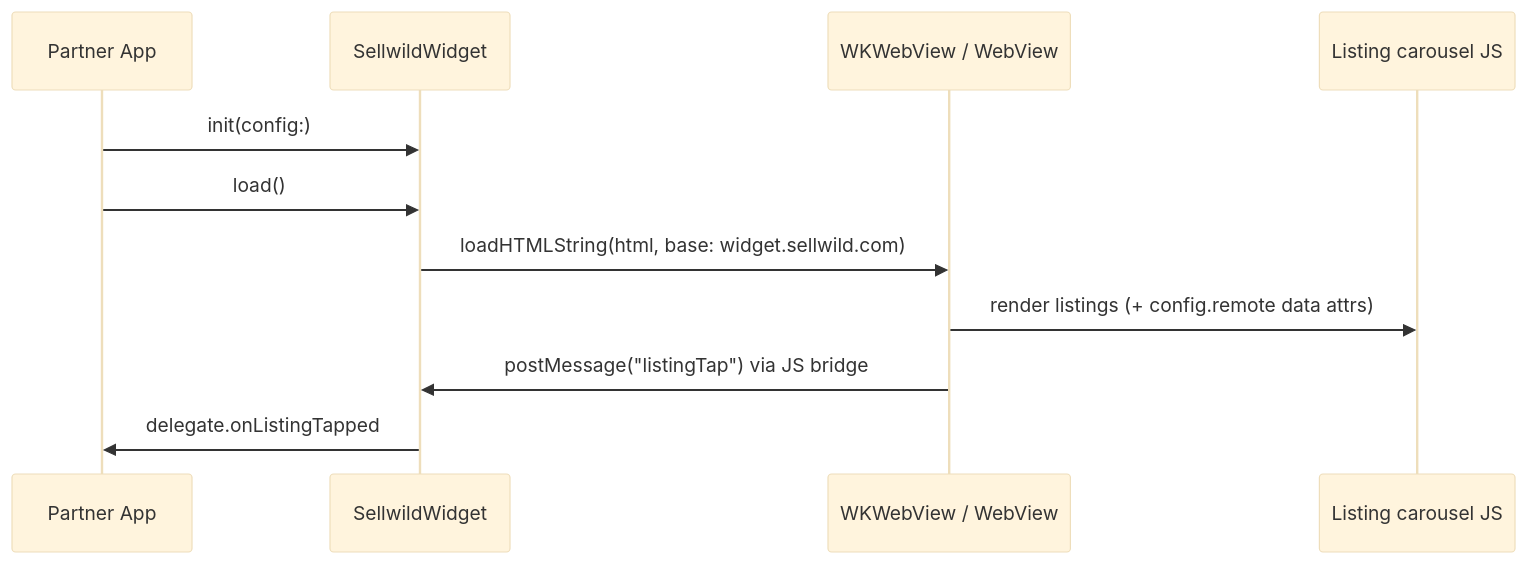
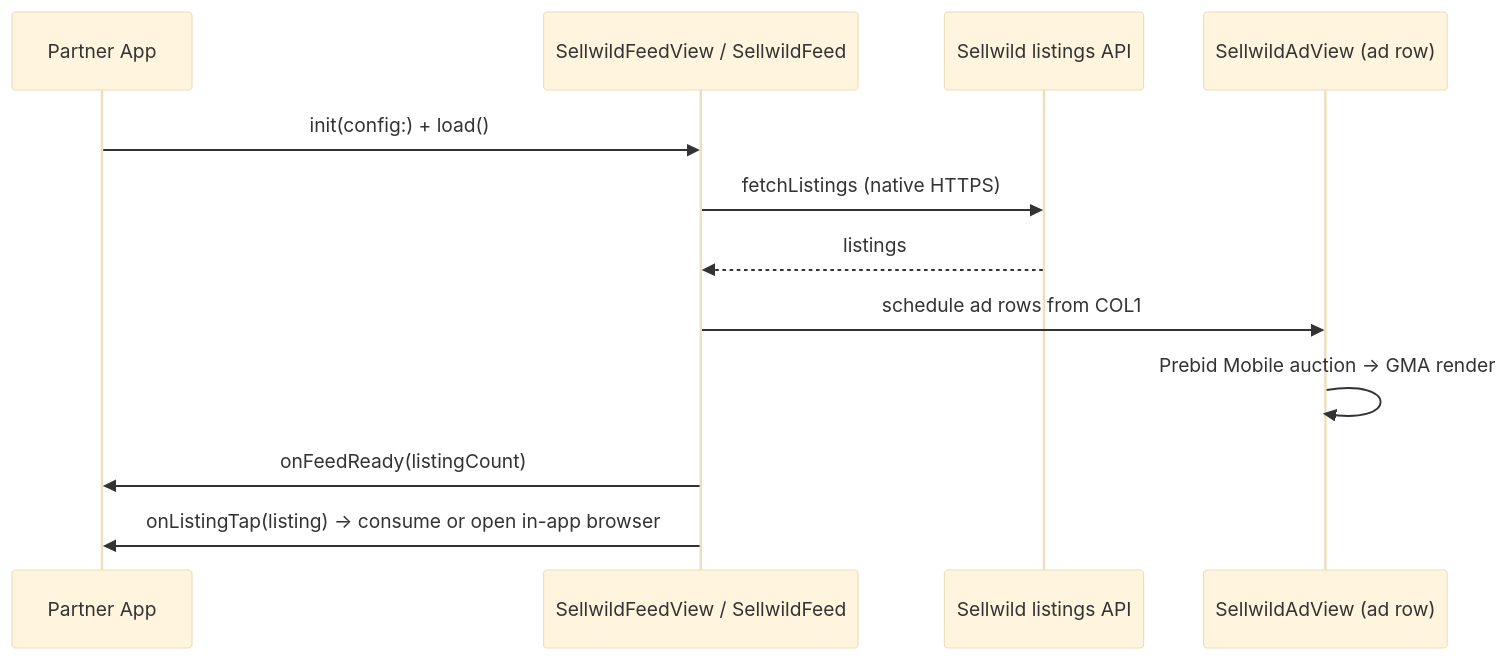
Before and after one commit to Antengo/sellwild-sdk: the fourth of 6 diagrams in ARCHITECTURE.md, drawn with Mermaid (base theme). The commit also changed other lines of this file and 52 other files, not shown here.

````diff
--- a/ARCHITECTURE.md
+++ b/ARCHITECTURE.md
@@ -155,14 +153,15 @@
 ```mermaid
 sequenceDiagram
     participant App as Partner App
-    participant Widget as SellwildWidget
-    participant WV as WKWebView / WebView
-    participant Listings as Listing carousel JS
+    participant Feed as SellwildFeedView / SellwildFeed
+    participant API as Sellwild listings API
+    participant Ad as SellwildAdView (ad row)
 
-    App->>Widget: init(config:)
-    App->>Widget: load()
-    Widget->>WV: loadHTMLString(html, base: widget.sellwild.com)
-    WV->>Listings: render listings (+ config.remote data attrs)
-    WV->>Widget: postMessage("listingTap") via JS bridge
-    Widget->>App: delegate.onListingTapped
+    App->>Feed: init(config:) + load()
+    Feed->>API: fetchListings (native HTTPS)
+    API-->>Feed: listings
+    Feed->>Ad: schedule ad rows from COL1
+    Ad->>Ad: Prebid Mobile auction → GMA render
+    Feed->>App: onFeedReady(listingCount)
+    Feed->>App: onListingTap(listing) → consume or open in-app browser
 ```
````
